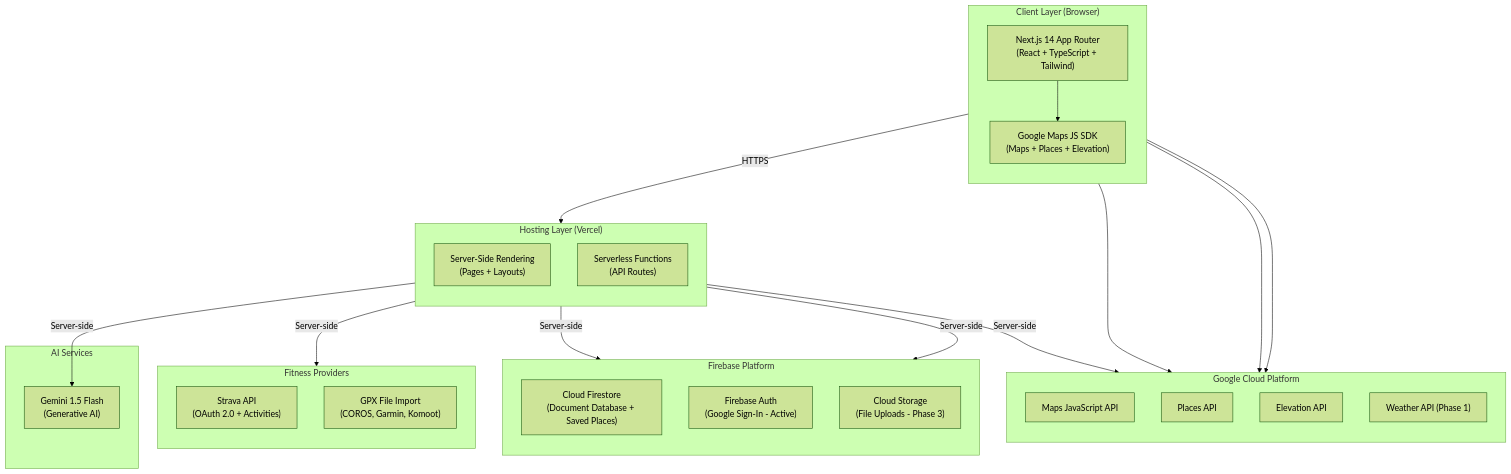
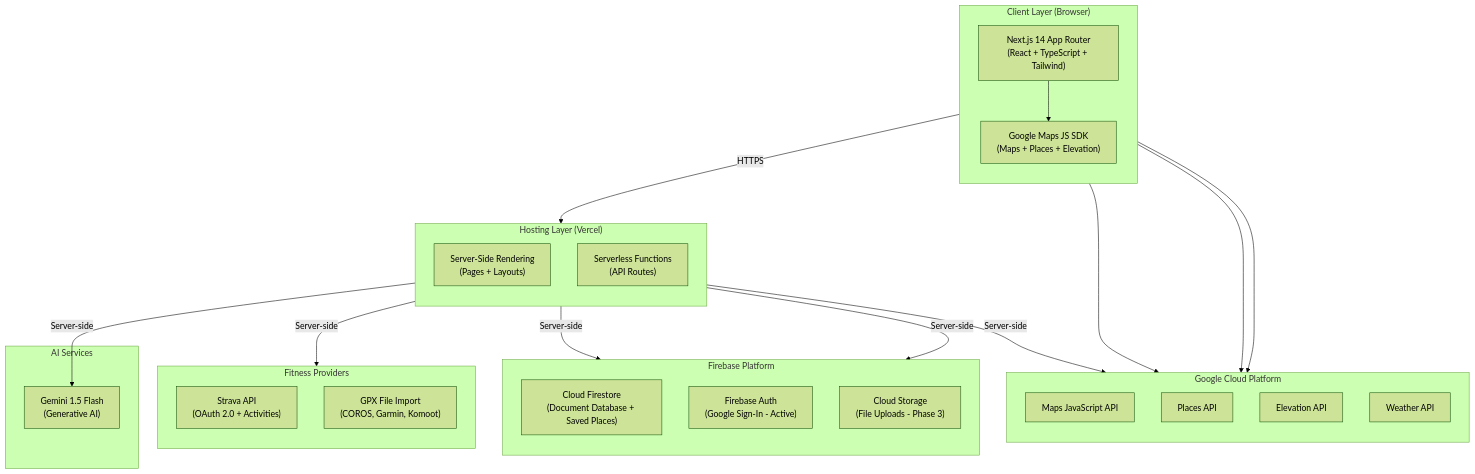
One commit to Oweeboi011/Fit-Ready-IQ changed the first of 17 diagrams in docs/wiki/ARCHITECTURE.md. Above: the diagram before and after it, drawn with Mermaid (forest theme). The commit also changed other lines of this file and 17 other files, not shown here.

First line of the commit message:
ci: simplify to trunk-based flow and fix review bugs

````diff
--- a/docs/wiki/ARCHITECTURE.md
+++ b/docs/wiki/ARCHITECTURE.md
@@ -15,51 +15,51 @@
 ```mermaid
 graph TB
     subgraph Client["Client Layer (Browser)"]
         direction TB
         NextApp["Next.js 14 App Router<br/>(React + TypeScript + Tailwind)"]
         MapsSDK["Google Maps JS SDK<br/>(Maps + Places + Elevation)"]
     end
 
     subgraph Vercel["Hosting Layer (Vercel)"]
         direction TB
         SSR["Server-Side Rendering<br/>(Pages + Layouts)"]
         SR["Serverless Functions<br/>(API Routes)"]
     end
 
     subgraph GoogleCloud["Google Cloud Platform"]
         direction TB
         MapsAPI["Maps JavaScript API"]
         PlacesAPI["Places API"]
         ElevationAPI["Elevation API"]
-        WeatherAPI["Weather API (Phase 1)"]
+        WeatherAPI["Weather API"]
     end
 
     subgraph Firebase["Firebase Platform"]
         direction TB
         Firestore["Cloud Firestore<br/>(Document Database + Saved Places)"]
         FireAuth["Firebase Auth<br/>(Google Sign-In - Active)"]
         FireStorage["Cloud Storage<br/>(File Uploads - Phase 3)"]
     end
 
     subgraph Providers["Fitness Providers"]
         direction TB
         StravaAPI["Strava API<br/>(OAuth 2.0 + Activities)"]
         GPXFiles["GPX File Import<br/>(COROS, Garmin, Komoot)"]
     end
 
     subgraph AI["AI Services"]
         GeminiAPI["Gemini 1.5 Flash<br/>(Generative AI)"]
     end
 
     Client -->|HTTPS| Vercel
     NextApp --> MapsSDK
     MapsSDK --> MapsAPI
     MapsSDK --> PlacesAPI
     MapsSDK --> ElevationAPI
 
     SR -->|Server-side| WeatherAPI
     SR -->|Server-side| GeminiAPI
     SR -->|Server-side| StravaAPI
     SR -->|Server-side| Firestore
     SR -->|Server-side| FireAuth
 ```
````
